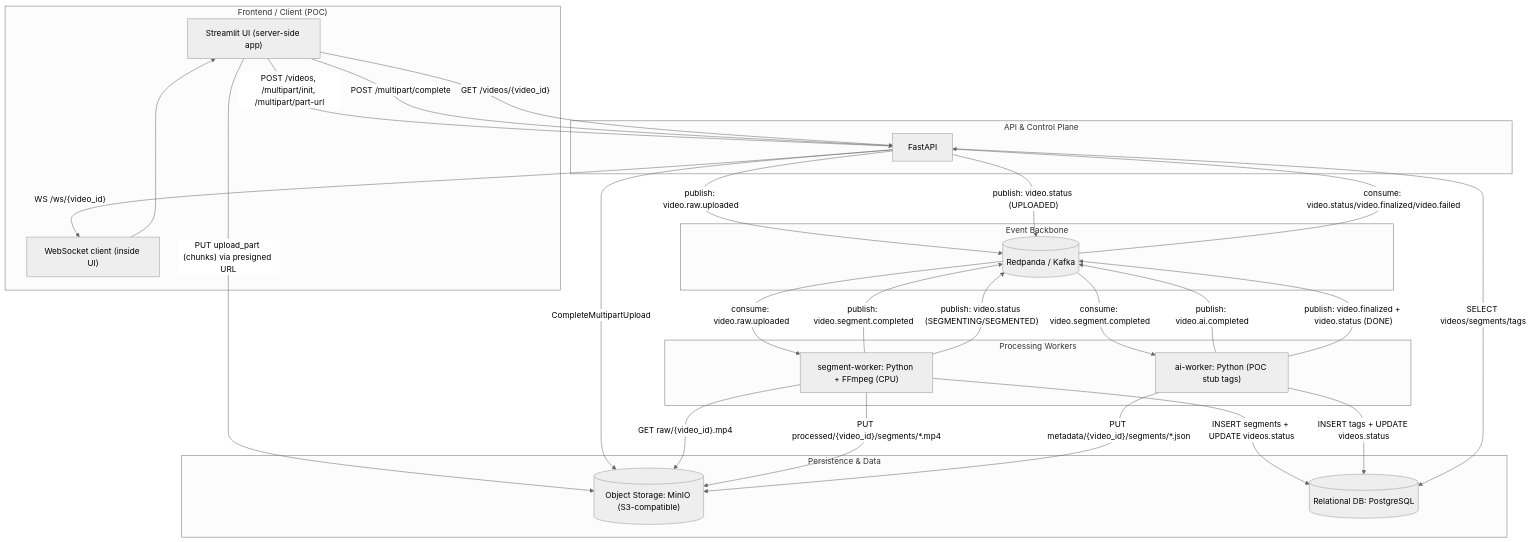
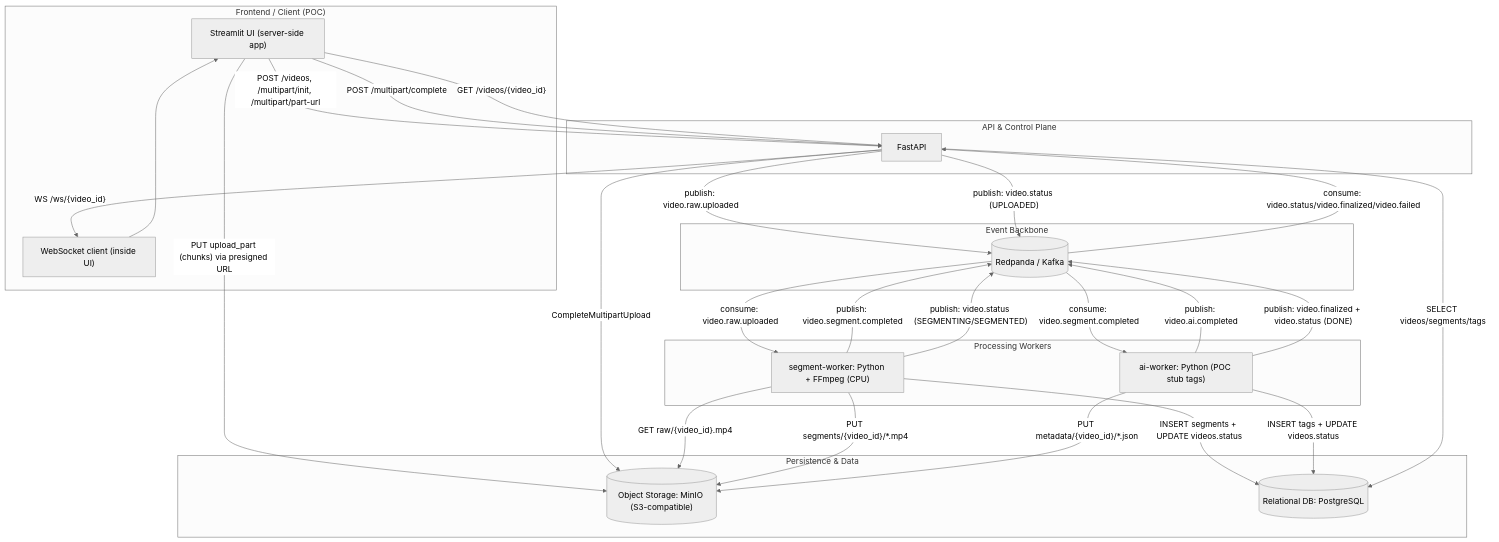
Before and after one commit to dvthang774/open-cv: the diagram in video_pipeline/docs/architecture.md, drawn with Mermaid (neutral theme). The commit also changed other lines of this file and 12 other files, not shown here.

First line of the commit message:
feat: standardize segments, metadata, and storage layout

````diff
--- a/video_pipeline/docs/architecture.md
+++ b/video_pipeline/docs/architecture.md
@@ -30,61 +31,61 @@
 ```mermaid
 graph TD
   subgraph Client_Layer["Frontend / Client (POC)"]
     UI["Streamlit UI (server-side app)"]
     WS_C["WebSocket client (inside UI)"]
   end
 
   subgraph API_Gateway_Layer["API & Control Plane"]
     API["FastAPI"]
   end
 
   subgraph Message_Broker_Layer["Event Backbone"]
     K[(Redpanda / Kafka)]
   end
 
   subgraph Worker_Layer["Processing Workers"]
     SW["segment-worker: Python + FFmpeg (CPU)"]
     AW["ai-worker: Python (POC stub tags)"]
   end
 
   subgraph Storage_Layer["Persistence & Data"]
     S3[("Object Storage: MinIO (S3-compatible)")]
     DB[("Relational DB: PostgreSQL")]
   end
 
   %% Upload control-plane
   UI -->|"POST /videos, /multipart/init, /multipart/part-url"| API
 
   %% Upload data-plane (multipart parts go directly to MinIO)
   UI -->|"PUT upload_part (chunks) via presigned URL"| S3
   UI -->|"POST /multipart/complete"| API
   API -->|"CompleteMultipartUpload"| S3
 
   %% Trigger processing
   API -->|"publish: video.raw.uploaded"| K
   API -->|"publish: video.status (UPLOADED)"| K
 
   %% Segment stage
   K -->|"consume: video.raw.uploaded"| SW
   SW -->|"GET raw/{video_id}.mp4"| S3
-  SW -->|"PUT processed/{video_id}/segments/*.mp4"| S3
+  SW -->|"PUT segments/{video_id}/*.mp4"| S3
   SW -->|"INSERT segments + UPDATE videos.status"| DB
   SW -->|"publish: video.segment.completed"| K
   SW -->|"publish: video.status (SEGMENTING/SEGMENTED)"| K
 
   %% AI stage
   K -->|"consume: video.segment.completed"| AW
-  AW -->|"PUT metadata/{video_id}/segments/*.json"| S3
+  AW -->|"PUT metadata/{video_id}/*.json"| S3
   AW -->|"INSERT tags + UPDATE videos.status"| DB
   AW -->|"publish: video.ai.completed"| K
   AW -->|"publish: video.finalized + video.status (DONE)"| K
 
   %% Realtime status fanout
   K -->|"consume: video.status/video.finalized/video.failed"| API
   API -->|"WS /ws/{video_id}"| WS_C
   WS_C --> UI
 
   %% Query results
   UI -->|"GET /videos/{video_id}"| API
   API -->|"SELECT videos/segments/tags"| DB
 ```
````
